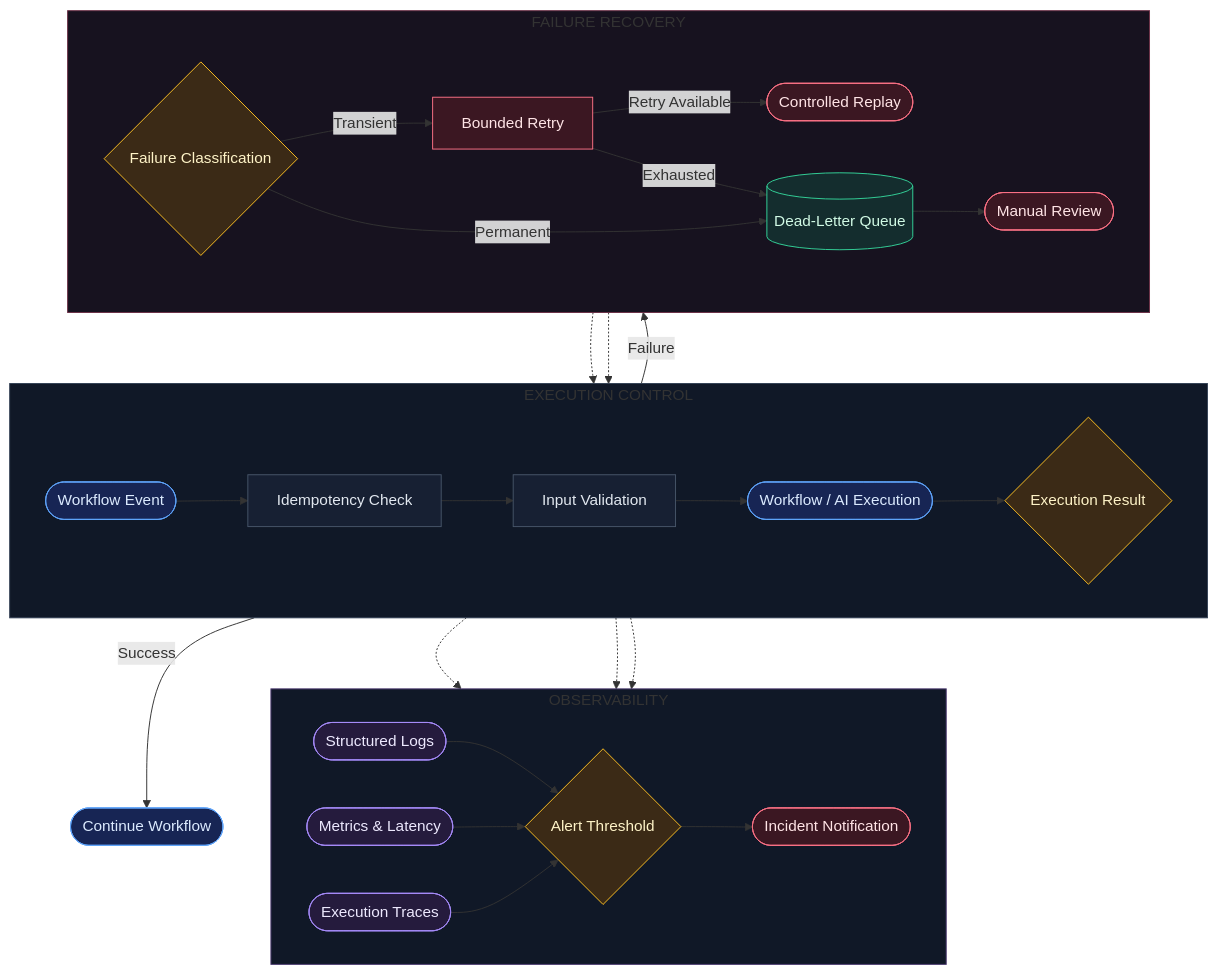
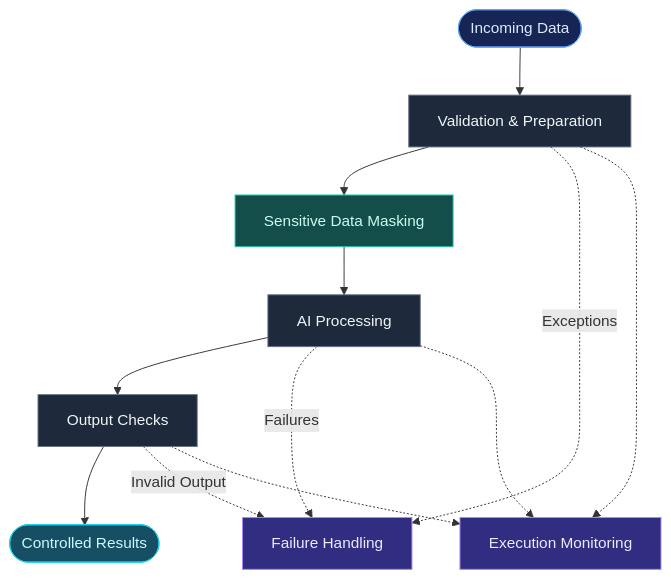
One commit to SinaKakavand/Intelligent_Sales_Automation changed the fourth of 4 diagrams in README.md. Above: the diagram before and after it, drawn with Mermaid. The commit also changed other lines of this file, not shown here.

````diff
--- a/README.md
+++ b/README.md
@@ -246,70 +146,32 @@
 ```mermaid
 flowchart TB
-    subgraph EXEC["EXECUTION CONTROL"]
-        direction LR
-        EVENT(["Workflow Event"])
-        IDEM["Idempotency Check"]
-        VALIDATE["Input Validation"]
-        RUN(["Workflow / AI Execution"])
-        RESULT{"Execution Result"}
+    A([Incoming Data])
+    B[Validation & Preparation]
+    C[Sensitive Data Masking]
+    D[AI Processing]
+    E[Output Checks]
+    F([Controlled Results])
 
-        EVENT --> IDEM --> VALIDATE --> RUN --> RESULT
-    end
+    G[Failure Handling]
+    H[Execution Monitoring]
 
-    subgraph RECOVERY["FAILURE RECOVERY"]
-        direction LR
-        CLASSIFY{"Failure Classification"}
-        RETRY["Bounded Retry"]
-        REPLAY(["Controlled Replay"])
-        DLQ[("Dead-Letter Queue")]
-        REVIEW(["Manual Review"])
+    A --> B --> C --> D --> E --> F
+    B -. Exceptions .-> G
+    D -. Failures .-> G
+    E -. Invalid Output .-> G
+    B -.-> H
+    D -.-> H
+    E -.-> H
 
-        CLASSIFY -->|"Transient"| RETRY
-        RETRY -->|"Retry Available"| REPLAY
-        RETRY -->|"Exhausted"| DLQ
-        CLASSIFY -->|"Permanent"| DLQ
-        DLQ --> REVIEW
-    end
+    classDef input fill:#172554,stroke:#60A5FA,color:#DBEAFE
+    classDef security fill:#134E4A,stroke:#2DD4BF,color:#CCFBF1
+    classDef process fill:#1E293B,stroke:#64748B,color:#F1F5F9
+    classDef monitor fill:#312E81,stroke:#A78BFA,color:#EDE9FE
+    classDef output fill:#164E63,stroke:#22D3EE,color:#CFFAFE
 
-    subgraph OBS["OBSERVABILITY"]
-        direction LR
-        LOGS(["Structured Logs"])
-        METRICS(["Metrics & Latency"])
-        TRACE(["Execution Traces"])
-        ALERT{"Alert Threshold"}
-        INCIDENT(["Incident Notification"])
-
-        LOGS --> ALERT
-        METRICS --> ALERT
-        TRACE --> ALERT
-        ALERT --> INCIDENT
-    end
-
-    RESULT -->|"Success"| COMPLETE(["Continue Workflow"])
-    RESULT -->|"Failure"| CLASSIFY
-
-    RUN -.-> LOGS
-    RUN -.-> METRICS
-    RUN -.-> TRACE
-
-    REPLAY -.-> EVENT
-    REVIEW -.-> EVENT
-
-    classDef source fill:#172554,stroke:#60A5FA,color:#DBEAFE
-    classDef process fill:#172033,stroke:#475569,color:#E2E8F0
-    classDef recovery fill:#3B1722,stroke:#FB7185,color:#FFE4E6
-    classDef data fill:#142D2E,stroke:#34D399,color:#D1FAE5
-    classDef decision fill:#3B2A16,stroke:#FBBF24,color:#FEF3C7
-    classDef telemetry fill:#251B3D,stroke:#A78BFA,color:#EDE9FE
-
-    class EVENT,RUN,COMPLETE source
-    class IDEM,VALIDATE process
-    class CLASSIFY,RESULT,ALERT decision
-    class RETRY,REPLAY,REVIEW,INCIDENT recovery
-    class DLQ data
-    class LOGS,METRICS,TRACE telemetry
-
-    style EXEC fill:#101827,stroke:#334155
-    style RECOVERY fill:#17121F,stroke:#6B3046
-    style OBS fill:#101827,stroke:#4C3A70
+    class A input
+    class C security
+    class B,D,E process
+    class G,H monitor
+    class F output
 ```
````
